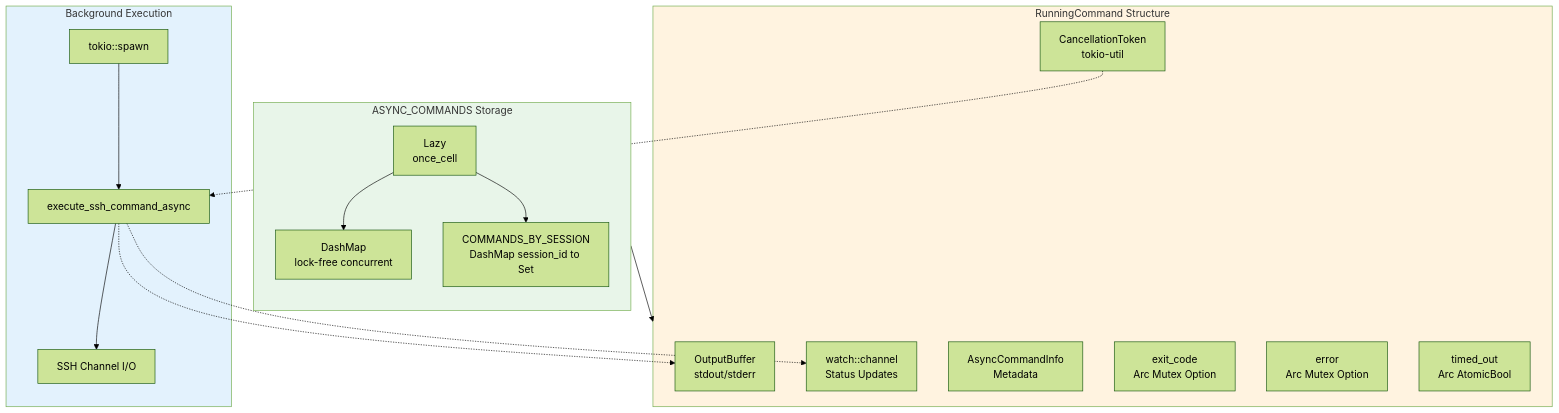
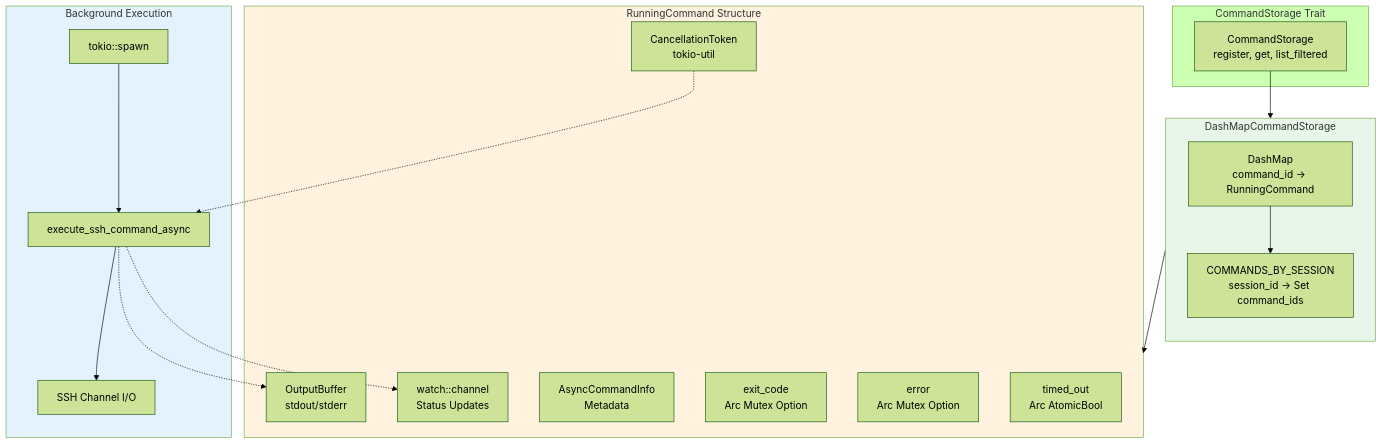
Before and after one commit to farchanjo/ssh-mcp: the sixth of 11 diagrams in docs/ARCHITECTURE.md, drawn with Mermaid (forest theme). The commit also changed other lines of this file and 2 other files, not shown here.

First line of the commit message:
docs: update all documentation for SOLID architecture

````diff
--- a/docs/ARCHITECTURE.md
+++ b/docs/ARCHITECTURE.md
@@ -558,39 +629,43 @@
 ```mermaid
 flowchart TB
-    subgraph Storage["ASYNC_COMMANDS Storage"]
+    subgraph Abstraction["CommandStorage Trait"]
+        Trait2["CommandStorage<br/>register, get, list_filtered"]
+    end
+
+    subgraph Storage["DashMapCommandStorage"]
         direction TB
-        Lazy2["Lazy<br/>once_cell"]
-        DashMap2["DashMap<br/>lock-free concurrent"]
-        SecondaryIdx["COMMANDS_BY_SESSION<br/>DashMap session_id to Set"]
+        DashMap2["DashMap<br/>command_id → RunningCommand"]
+        SecondaryIdx["COMMANDS_BY_SESSION<br/>session_id → Set command_ids"]
 
-        Lazy2 --> DashMap2
-        Lazy2 --> SecondaryIdx
+        DashMap2 --> SecondaryIdx
     end
+
+    Trait2 --> Storage
 
     subgraph RunningCmd["RunningCommand Structure"]
         Info["AsyncCommandInfo<br/>Metadata"]
         CancelToken["CancellationToken<br/>tokio-util"]
         StatusChan["watch::channel<br/>Status Updates"]
         OutputBuf["OutputBuffer<br/>stdout/stderr"]
         ExitCode["exit_code<br/>Arc Mutex Option"]
         Error["error<br/>Arc Mutex Option"]
         TimedOut["timed_out<br/>Arc AtomicBool"]
     end
 
     subgraph Execution["Background Execution"]
         Spawn["tokio::spawn"]
         ExecAsync["execute_ssh_command_async"]
         SSHChannel["SSH Channel I/O"]
     end
 
     DashMap2 --> RunningCmd
     Spawn --> ExecAsync
     ExecAsync --> SSHChannel
     ExecAsync -.-> OutputBuf
     ExecAsync -.-> StatusChan
     CancelToken -.-> ExecAsync
 
     style Storage fill:#e8f5e9
     style RunningCmd fill:#fff3e0
     style Execution fill:#e3f2fd
 ```
````
